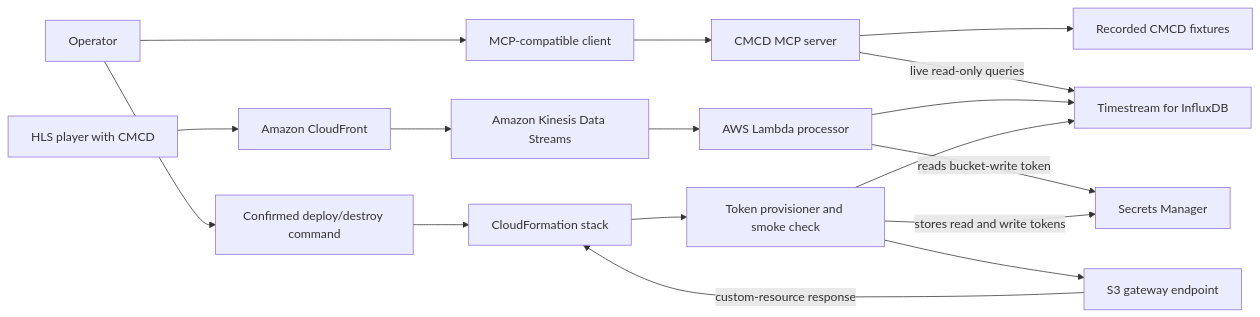
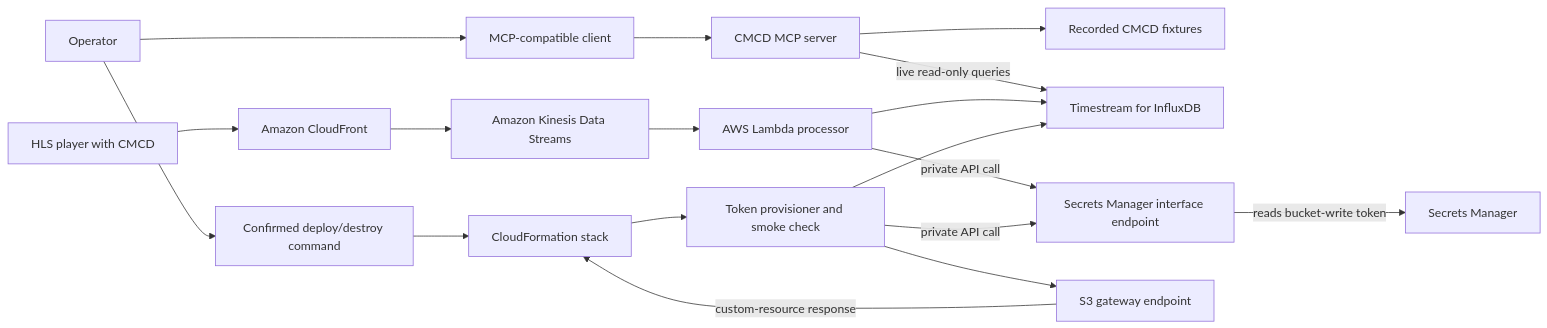
Before and after one commit to aws-samples/sample-agentic-video-operations: the diagram in samples/cmcd/README.md, drawn with Mermaid. The commit also changed other lines of this file and 244 other files, not shown here.

````diff
--- a/samples/cmcd/README.md
+++ b/samples/cmcd/README.md
@@ -22,21 +22,22 @@
 ```mermaid
 flowchart LR
     Operator --> Client[MCP-compatible client]
     Client --> Server[CMCD MCP server]
     Server --> Fixtures[Recorded CMCD fixtures]
     Server -->|live read-only queries| Influx[Timestream for InfluxDB]
 
     Player[HLS player with CMCD] --> CF[Amazon CloudFront]
     CF --> Stream[Amazon Kinesis Data Streams]
     Stream --> Processor[AWS Lambda processor]
     Processor --> Influx
-    Processor -->|reads bucket-write token| Secret[Secrets Manager]
+    Processor -->|private API call| SecretsEndpoint[Secrets Manager interface endpoint]
+    SecretsEndpoint -->|reads bucket-write token| Secret[Secrets Manager]
 
     Operator --> Manager[Confirmed deploy/destroy command]
     Manager --> Stack[CloudFormation stack]
     Stack --> Provisioner[Token provisioner and smoke check]
     Provisioner --> Influx
-    Provisioner -->|stores read and write tokens| Secret
-    Provisioner --> Endpoint[S3 gateway endpoint]
-    Endpoint -->|custom-resource response| Stack
+    Provisioner -->|private API call| SecretsEndpoint
+    Provisioner --> S3Endpoint[S3 gateway endpoint]
+    S3Endpoint -->|custom-resource response| Stack
 ```
````
